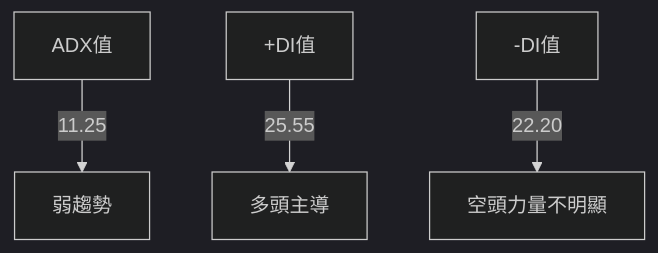
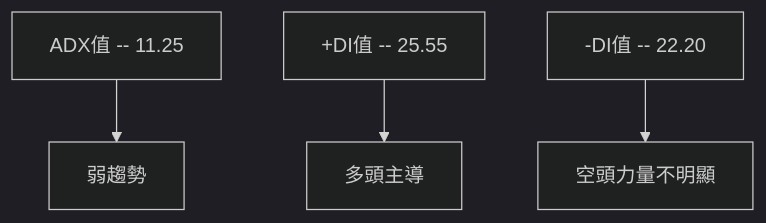
The third of 11 diagrams in ai_gen_report/stock/amd/technical_analysis_2026-03-31_openai.md (yennanliu/finance_data), drawn with Mermaid (dark theme) before and after one commit. The commit also changed other lines of this file and 2258 other files, not shown here.

First line of the commit message:
chore: backfill Mermaid syntax repair across existing reports

````diff
--- a/ai_gen_report/stock/amd/technical_analysis_2026-03-31_openai.md
+++ b/ai_gen_report/stock/amd/technical_analysis_2026-03-31_openai.md
@@ -125,6 +125,6 @@
 ```mermaid
 graph TD
-    ADX值 -- 11.25 --> 弱趨勢
-    +DI值 -- 25.55 --> 多頭主導
-    -DI值 -- 22.20 --> 空頭力量不明顯
+    nb1["ADX值 -- 11.25"] --> 弱趨勢
+    nb2["+DI值 -- 25.55"] --> 多頭主導
+    nb3["-DI值 -- 22.20"] --> 空頭力量不明顯
 ```
````
